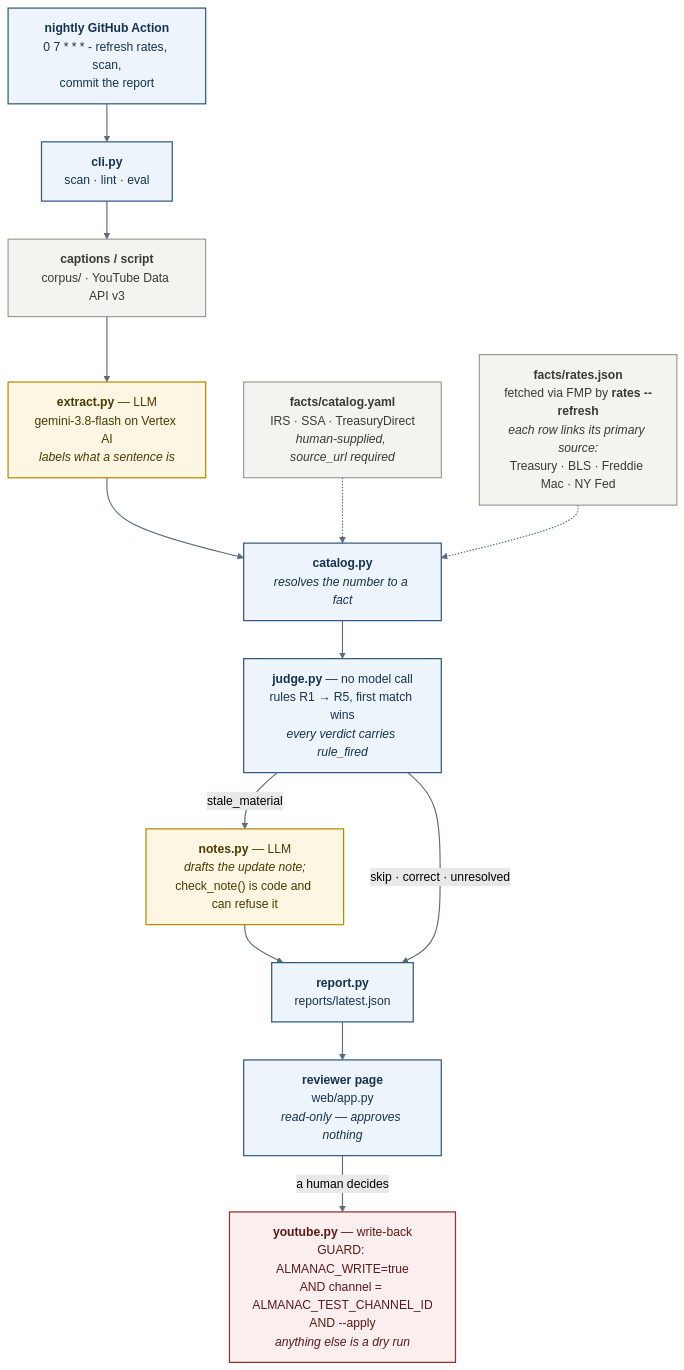
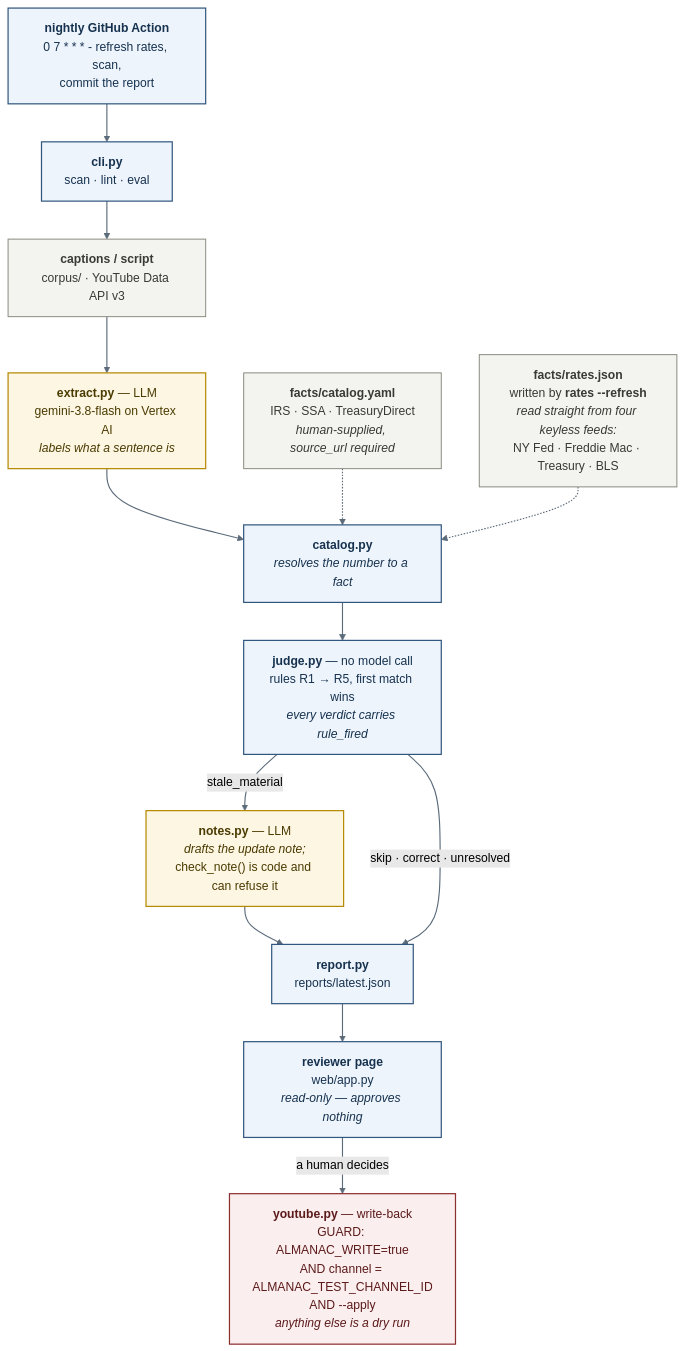
Before and after one commit to zaeem-rafiq/almanac: the diagram in docs/architecture.mmd, drawn with Mermaid (forest theme). The commit also changed 3 other files, not shown here.

```diff
--- a/docs/architecture.mmd
+++ b/docs/architecture.mmd
@@ -1,35 +1,35 @@
 %% Almanac — how a number in a published video becomes a verdict.
 %% Render:  mmdc -i docs/architecture.mmd -o docs/architecture.svg -b transparent
 %% Every bare *.py label below is a real module in almanac/, and web/app.py is real at that path.
 %% Proof A-10 #2 asserts exactly that, so a renamed module breaks the proof, not just the picture.
 flowchart TB
 
   classDef llm   fill:#fdf6e3,stroke:#b58900,stroke-width:1.6px,color:#4a3b00;
   classDef code  fill:#eef4fb,stroke:#31577f,stroke-width:1.6px,color:#16324f;
   classDef data  fill:#f3f3f0,stroke:#8a8a80,stroke-width:1.3px,color:#3a3a34;
   classDef guard fill:#fbeeee,stroke:#8c2f2f,stroke-width:1.6px,color:#5c1a1a;
 
   nightly["<b>nightly GitHub Action</b><br/>0 7 * * * - refresh rates, scan,<br/>commit the report"]:::code
   cliRun["<b>cli.py</b><br/>scan · lint · eval"]:::code
 
   src["<b>captions / script</b><br/>corpus/ · YouTube Data API v3"]:::data
   extract["<b>extract.py</b> — LLM<br/>gemini-3.8-flash on Vertex AI<br/><i>labels what a sentence is</i>"]:::llm
   catalog["<b>catalog.py</b><br/><i>resolves the number to a fact</i>"]:::code
   judge["<b>judge.py</b> — no model call<br/>rules R1 → R5, first match wins<br/><i>every verdict carries rule_fired</i>"]:::code
   notes["<b>notes.py</b> — LLM<br/><i>drafts the update note;</i><br/>check_note() is code and can refuse it"]:::llm
   report["<b>report.py</b><br/>reports/latest.json"]:::code
 
   manual["<b>facts/catalog.yaml</b><br/>IRS · SSA · TreasuryDirect<br/><i>human-supplied, source_url required</i>"]:::data
-  rates["<b>facts/rates.json</b><br/>fetched via FMP by <b>rates --refresh</b><br/><i>each row links its primary source:</i><br/>Treasury · BLS · Freddie Mac · NY Fed"]:::data
+  rates["<b>facts/rates.json</b><br/>written by <b>rates --refresh</b><br/><i>read straight from four keyless feeds:</i><br/>NY Fed · Freddie Mac · Treasury · BLS"]:::data
 
   web["<b>reviewer page</b><br/>web/app.py<br/><i>read-only — approves nothing</i>"]:::code
   writeback["<b>youtube.py</b> — write-back<br/>GUARD: ALMANAC_WRITE=true<br/>AND channel = ALMANAC_TEST_CHANNEL_ID<br/>AND --apply<br/><i>anything else is a dry run</i>"]:::guard
 
   nightly --> cliRun --> src --> extract --> catalog --> judge
   manual -.-> catalog
   rates  -.-> catalog
   judge -- "stale_material" --> notes --> report
   judge -- "skip · correct · unresolved" --> report
   report --> web -- "a human decides" --> writeback
 
   linkStyle default stroke:#5b6b7a,stroke-width:1.5px;
```
